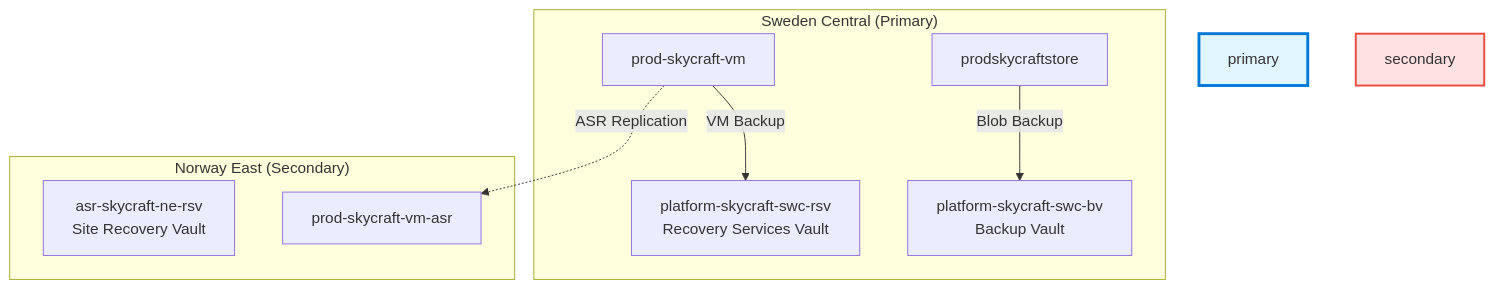
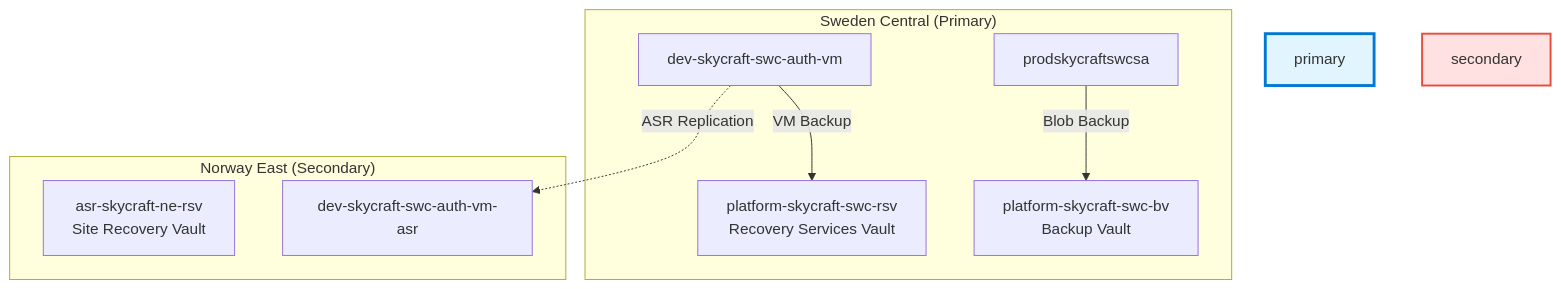
Before and after one commit to mbiszczanik/skycraft: the diagram in module-5-monitoring-maintenance/5.2-business-continuity/lab-guide-5.2.md, drawn with Mermaid. The commit also changed other lines of this file and 96 other files, not shown here.

````diff
--- a/module-5-monitoring-maintenance/5.2-business-continuity/lab-guide-5.2.md
+++ b/module-5-monitoring-maintenance/5.2-business-continuity/lab-guide-5.2.md
@@ -20,20 +20,20 @@
 ```mermaid
 graph TB
     subgraph "Sweden Central (Primary)"
         style primary fill:#e1f5ff,stroke:#0078d4,stroke-width:3px
-        VM_Prod["prod-skycraft-vm"]
-        SA_Prod["prodskycraftstore"]
+        VM_Prod["dev-skycraft-swc-auth-vm"]
+        SA_Prod["prodskycraftswcsa"]
         RSV["platform-skycraft-swc-rsv<br/>Recovery Services Vault"]
         BV["platform-skycraft-swc-bv<br/>Backup Vault"]
     end
 
     subgraph "Norway East (Secondary)"
         style secondary fill:#ffe1e1,stroke:#e74c3c,stroke-width:2px
         RSV_Sec["asr-skycraft-ne-rsv<br/>Site Recovery Vault"]
-        VM_Replica["prod-skycraft-vm-asr"]
+        VM_Replica["dev-skycraft-swc-auth-vm-asr"]
     end
 
     VM_Prod -->|"VM Backup"| RSV
     SA_Prod -->|"Blob Backup"| BV
     VM_Prod -.->|"ASR Replication"| VM_Replica
 ```
````
